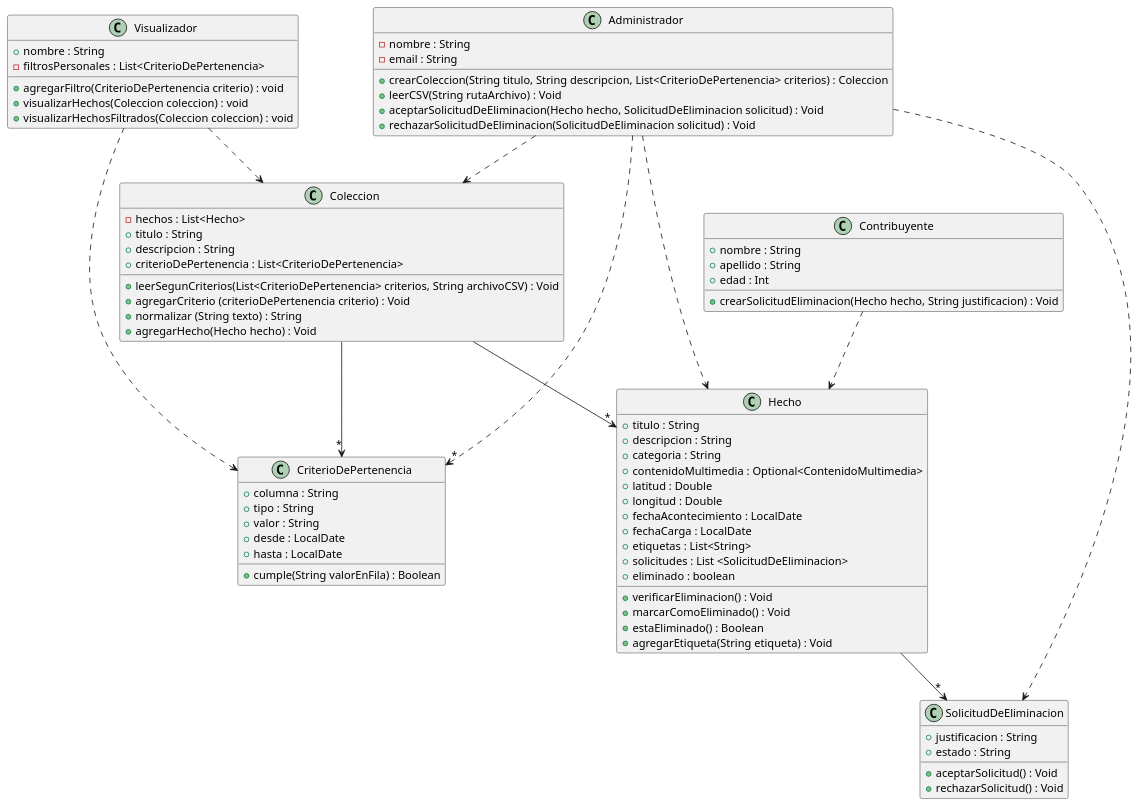
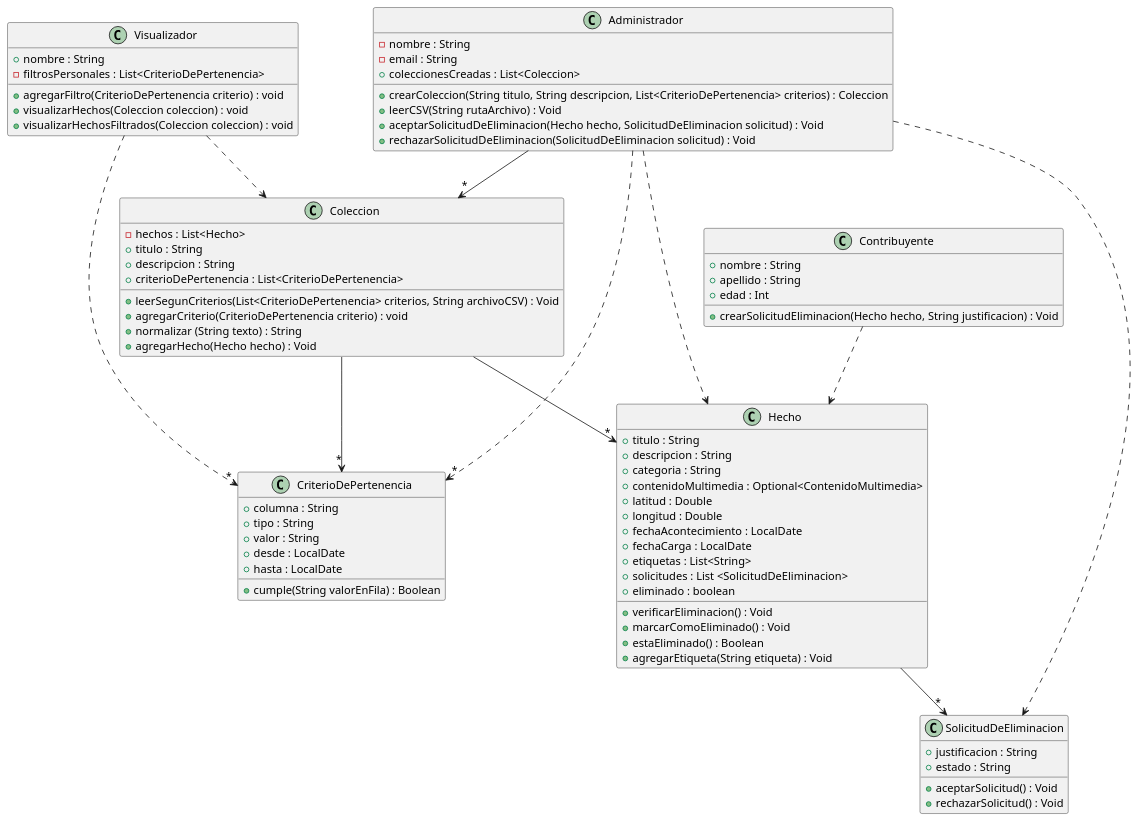
One commit to totopedroo/metamapa-tpa changed the diagram in docs/diagrama_clases.puml. Above: the diagram before and after it, drawn with PlantUML. The commit also changed 1 other file, not shown here.

Commit message:
fix diagrama

```diff
--- a/docs/diagrama_clases.puml
+++ b/docs/diagrama_clases.puml
@@ -1,96 +1,97 @@
 @startuml
 
-Administrador ..>"*" CriterioDePertenencia
-Administrador ..> Coleccion
+Administrador ..> "*" CriterioDePertenencia
+Administrador --> "*" Coleccion
 Administrador ..> Hecho
 Administrador ..> SolicitudDeEliminacion
 
-Hecho -->"*"SolicitudDeEliminacion
+Hecho --> "*" SolicitudDeEliminacion
 Coleccion -->"*" Hecho
 Coleccion -->"*" CriterioDePertenencia
 Contribuyente ..> Hecho
 Visualizador ..> Coleccion
-Visualizador ..> CriterioDePertenencia
+Visualizador ..>"*" CriterioDePertenencia
 
 class Administrador {
 - nombre : String
 - email : String
++ coleccionesCreadas : List<Coleccion>
 
 + crearColeccion(String titulo, String descripcion, List<CriterioDePertenencia> criterios) : Coleccion
 + leerCSV(String rutaArchivo) : Void
 + aceptarSolicitudDeEliminacion(Hecho hecho, SolicitudDeEliminacion solicitud) : Void
 + rechazarSolicitudDeEliminacion(SolicitudDeEliminacion solicitud) : Void
 
 }
 
 
 class Coleccion {
 - hechos : List<Hecho>
 + titulo : String
 + descripcion : String
 + criterioDePertenencia : List<CriterioDePertenencia>
 
 +leerSegunCriterios(List<CriterioDePertenencia> criterios, String archivoCSV) : Void
-+ agregarCriterio (criterioDePertenencia criterio) : Void
++ agregarCriterio(CriterioDePertenencia criterio) : void
 + normalizar (String texto) : String
 + agregarHecho(Hecho hecho) : Void
 
 
 }
 
 class Contribuyente {
  + nombre : String
  + apellido : String
  + edad : Int
 
  +crearSolicitudEliminacion(Hecho hecho, String justificacion) : Void
 
 }
 
 class CriterioDePertenencia {
 + columna : String
 + tipo : String
 + valor : String
 +desde : LocalDate
 + hasta : LocalDate
 
 + cumple(String valorEnFila) : Boolean
 }
 
 class Hecho{
 + titulo : String
 + descripcion : String
 + categoria : String
 + contenidoMultimedia : Optional<ContenidoMultimedia>
 +latitud : Double
 + longitud : Double
 + fechaAcontecimiento : LocalDate
 + fechaCarga : LocalDate
 + etiquetas : List<String>
 + solicitudes : List <SolicitudDeEliminacion>
 + eliminado : boolean
 
 + verificarEliminacion() : Void
 +marcarComoEliminado() : Void
 + estaEliminado() : Boolean
 + agregarEtiqueta(String etiqueta) : Void
 
 }
 
 class SolicitudDeEliminacion {
 + justificacion : String
 + estado : String
 
 + aceptarSolicitud() : Void
 + rechazarSolicitud() : Void
 }
 
 class Visualizador {
 + nombre : String
 - filtrosPersonales : List<CriterioDePertenencia>
 + agregarFiltro(CriterioDePertenencia criterio) : void
 + visualizarHechos(Coleccion coleccion) : void
 + visualizarHechosFiltrados(Coleccion coleccion) : void
 }
 
 @enduml
```
